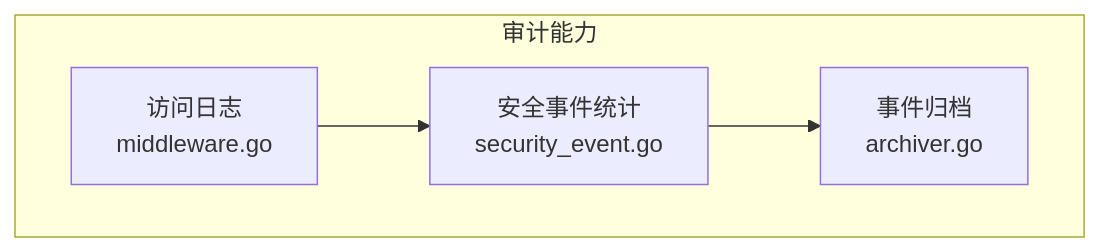
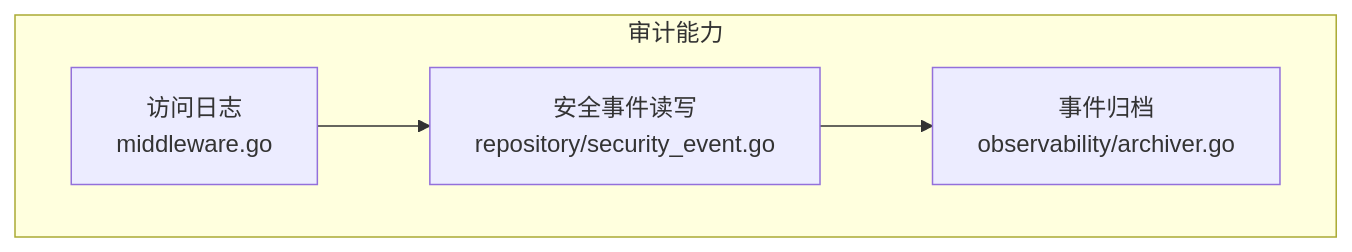
One commit to x01n/My-OpenWaf changed the eighth of 9 diagrams in docs/安全机制/API 密钥管理.md. Above: the diagram before and after it, drawn with Mermaid. The commit also changed other lines of this file and 622 other files, not shown here.

````diff
--- a/docs/安全机制/API 密钥管理.md
+++ b/docs/安全机制/API 密钥管理.md
@@ -285,10 +337,10 @@
 ```mermaid
 graph TB
 subgraph "审计能力"
 Log["访问日志<br/>middleware.go"]
-Events["安全事件统计<br/>security_event.go"]
-Archive["事件归档<br/>archiver.go"]
+Events["安全事件读写<br/>repository/security_event.go"]
+Archive["事件归档<br/>observability/archiver.go"]
 end
 Log --> Events
 Events --> Archive
 ```
````
